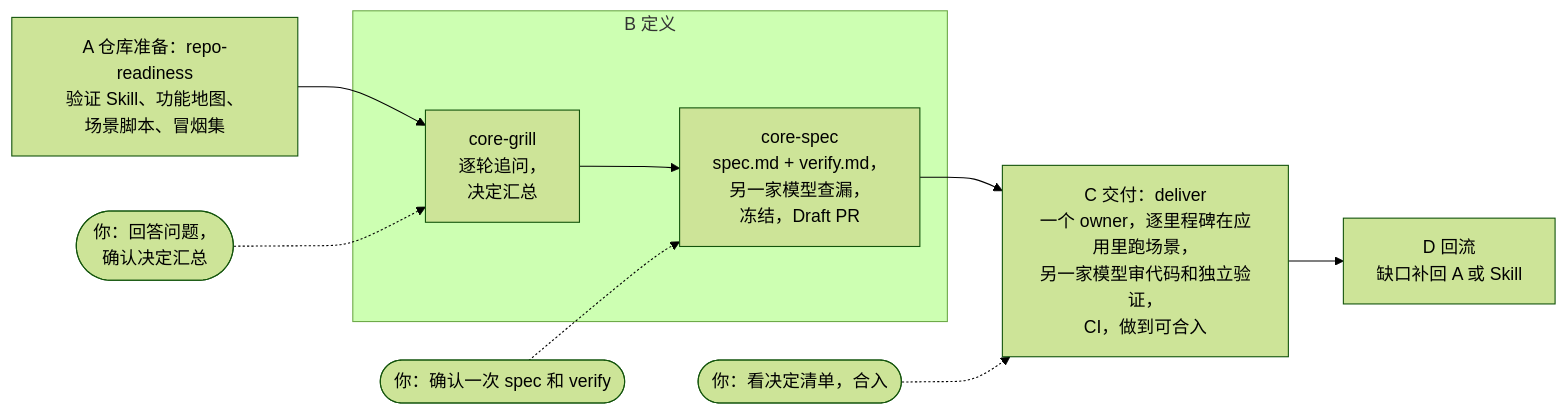
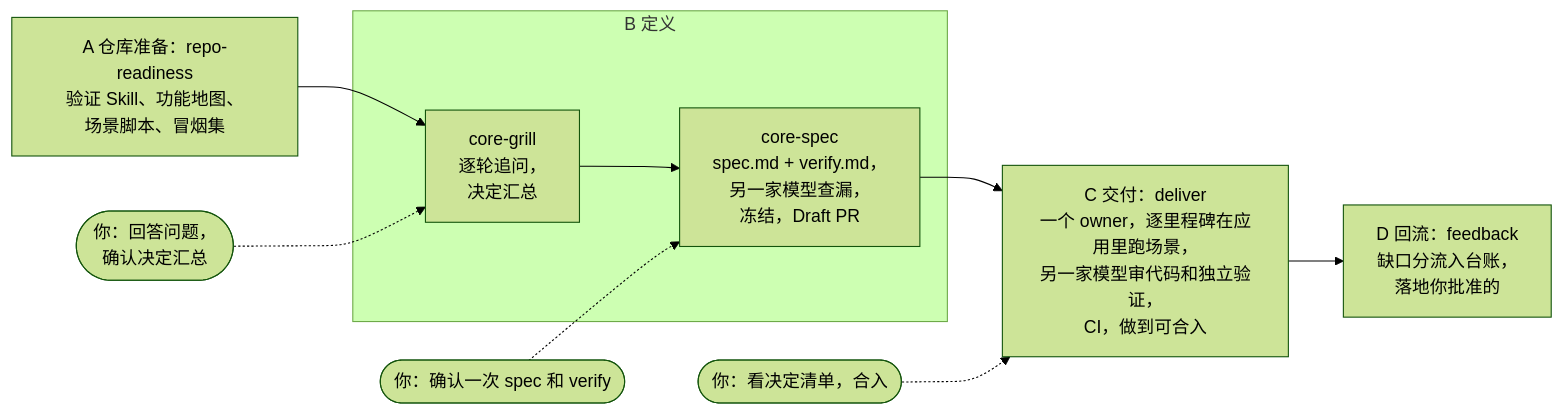
One commit to coder-xieshijie/dev-skills changed the diagram in README.zh-CN.md. Above: the diagram before and after it, drawn with Mermaid (forest theme). The commit also changed other lines of this file and 16 other files, not shown here.

Commit message:
feedback: stage D Skill with session extraction, mining by another family, number check, routing and ledger

````diff
--- a/README.zh-CN.md
+++ b/README.zh-CN.md
@@ -13,12 +13,12 @@
 ```mermaid
 flowchart LR
     A["A 仓库准备：repo-readiness<br/>验证 Skill、功能地图、<br/>场景脚本、冒烟集"] --> B1
     subgraph B["B 定义"]
         B1["core-grill<br/>逐轮追问，<br/>决定汇总"] --> B2["core-spec<br/>spec.md + verify.md，<br/>另一家模型查漏，<br/>冻结，Draft PR"]
     end
     B2 --> C["C 交付：deliver<br/>一个 owner，逐里程碑在应用里跑场景，<br/>另一家模型审代码和独立验证，<br/>CI，做到可合入"]
-    C --> D["D 回流<br/>缺口补回 A 或 Skill"]
+    C --> D["D 回流：feedback<br/>缺口分流入台账，<br/>落地你批准的"]
     H1(["你：回答问题，<br/>确认决定汇总"]) -.-> B1
     H2(["你：确认一次 spec 和 verify"]) -.-> B2
     H3(["你：看决定清单，合入"]) -.-> C
 ```
````
